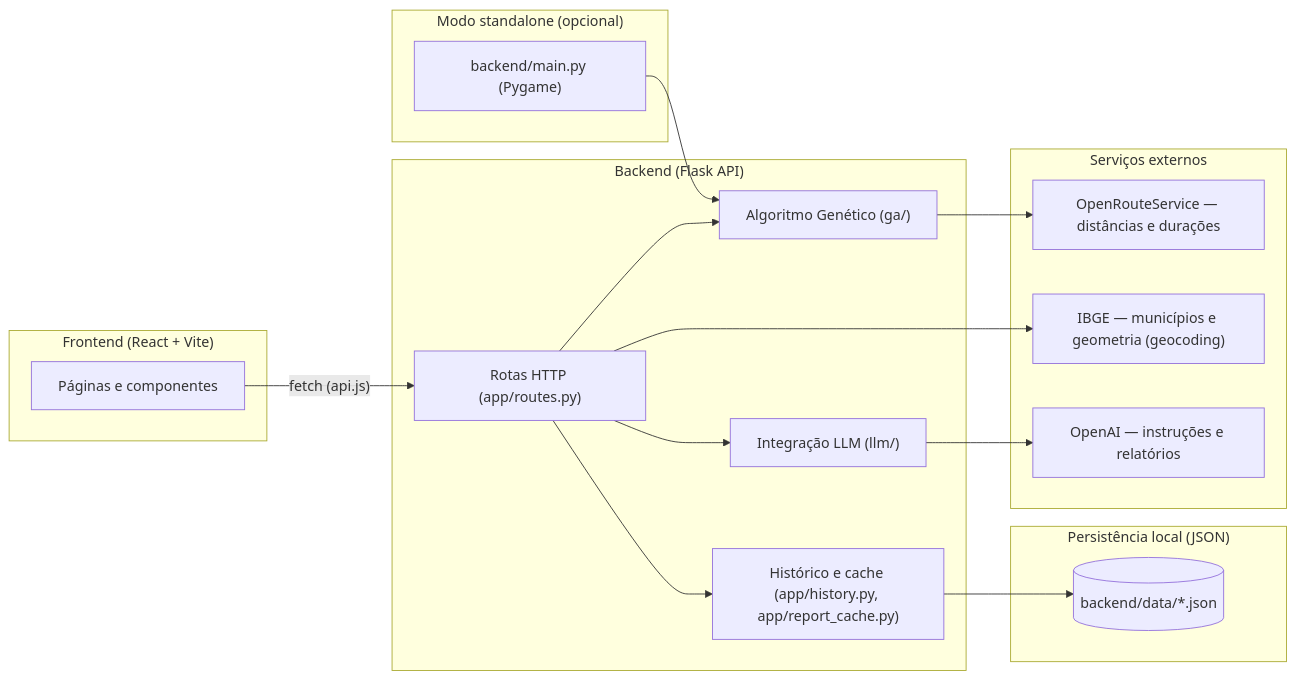
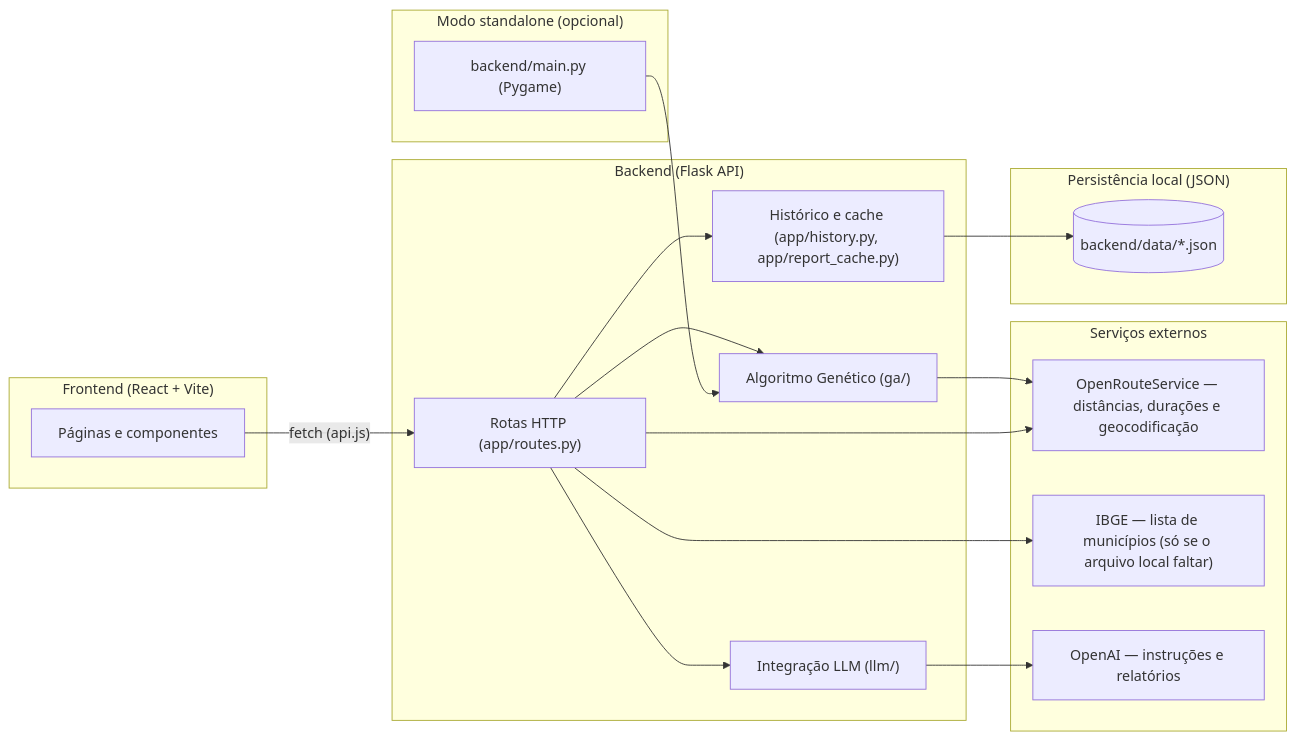
One commit to bmgbianca/tech_challenge_fase2 changed the first of 4 diagrams in docs/ARCHITECTURE.md. Above: the diagram before and after it, drawn with Mermaid. The commit also changed other lines of this file and 5 other files, not shown here.

````diff
--- a/docs/ARCHITECTURE.md
+++ b/docs/ARCHITECTURE.md
@@ -9,37 +9,38 @@
 ```mermaid
 flowchart LR
     subgraph Frontend["Frontend (React + Vite)"]
         UI["Páginas e componentes"]
     end
 
     subgraph Backend["Backend (Flask API)"]
         API["Rotas HTTP (app/routes.py)"]
         GA["Algoritmo Genético (ga/)"]
         LLM["Integração LLM (llm/)"]
         Hist["Histórico e cache (app/history.py, app/report_cache.py)"]
     end
 
     subgraph Externos["Serviços externos"]
-        ORS["OpenRouteService — distâncias e durações"]
-        IBGE["IBGE — municípios e geometria (geocoding)"]
+        ORS["OpenRouteService — distâncias, durações e geocodificação"]
+        IBGE["IBGE — lista de municípios (só se o arquivo local faltar)"]
         OpenAI["OpenAI — instruções e relatórios"]
     end
 
     subgraph Dados["Persistência local (JSON)"]
         Files[("backend/data/*.json")]
     end
 
     UI -- "fetch (api.js)" --> API
     API --> GA
     API --> LLM
     API --> Hist
     GA --> ORS
+    API --> ORS
     API --> IBGE
     LLM --> OpenAI
     Hist --> Files
 
     subgraph Standalone["Modo standalone (opcional)"]
         Main["backend/main.py (Pygame)"]
     end
     Main --> GA
 ```
````
